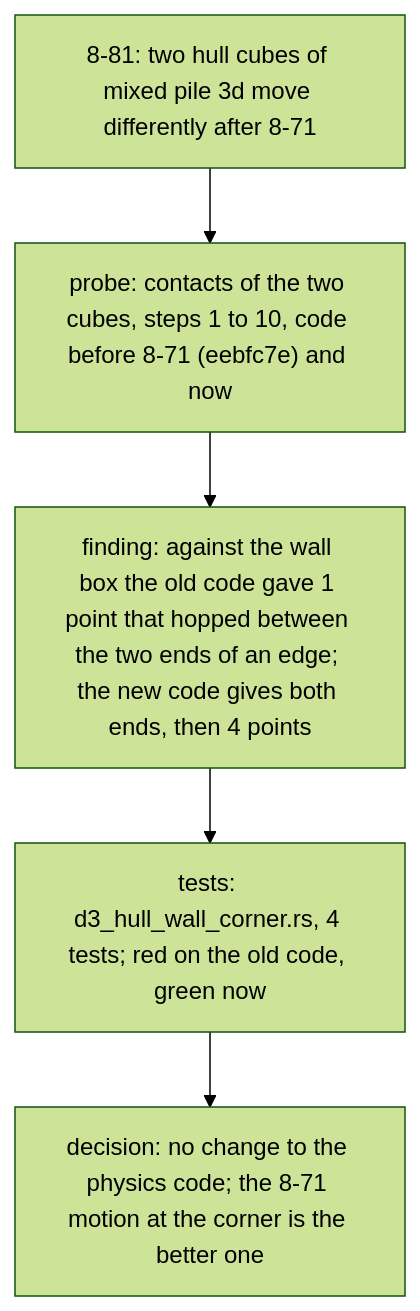
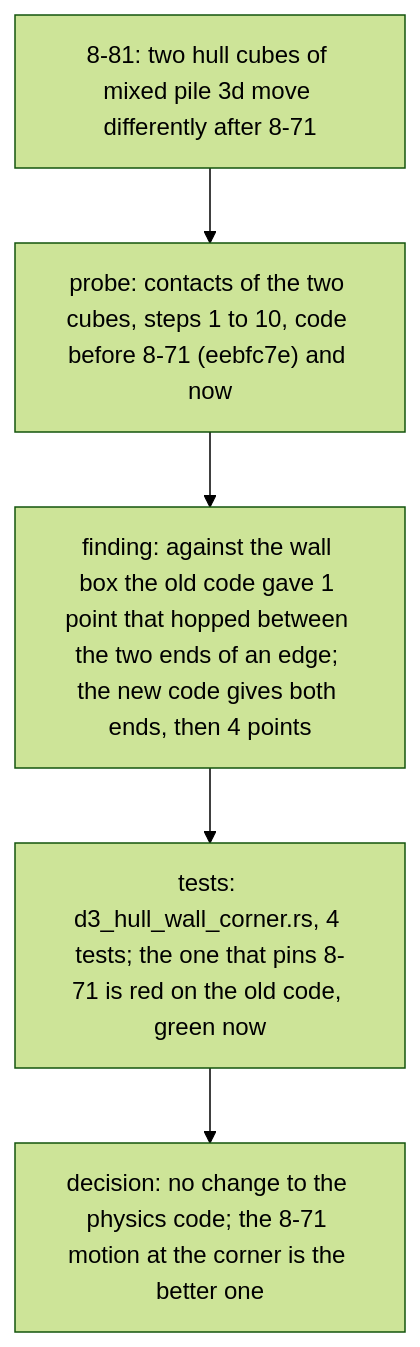
The diagram in reviews/8-82.md (giamat90/DuckEngine), drawn with Mermaid (forest theme) before and after one commit. The commit also changed other lines of this file and 1 other file, not shown here.

Commit message:
test(physics): cover both corner cubes and tighten the 8-82 tests

````diff
--- a/reviews/8-82.md
+++ b/reviews/8-82.md
@@ -5,7 +5,7 @@
 ```mermaid
 flowchart TD
   Q["8-81: two hull cubes of mixed pile 3d move differently after 8-71"] --> P["probe: contacts of the two cubes, steps 1 to 10, code before 8-71 (eebfc7e) and now"]
   P --> F["finding: against the wall box the old code gave 1 point that hopped between the two ends of an edge; the new code gives both ends, then 4 points"]
-  F --> T["tests: d3_hull_wall_corner.rs, 4 tests; red on the old code, green now"]
+  F --> T["tests: d3_hull_wall_corner.rs, 4 tests; the one that pins 8-71 is red on the old code, green now"]
   T --> D["decision: no change to the physics code; the 8-71 motion at the corner is the better one"]
 ```
````
